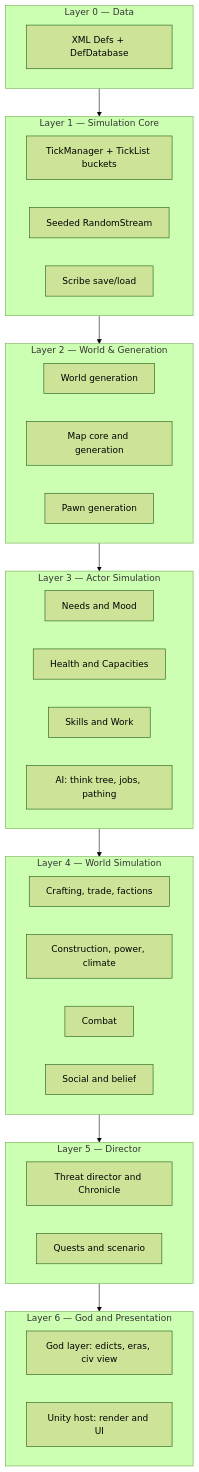
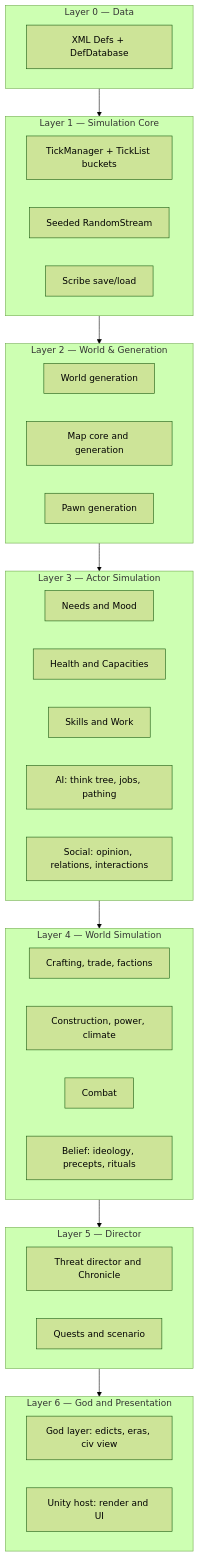
One commit to m2windham/simWorld changed the first of 13 diagrams in docs/spec/simworld-spec.md. Above: the diagram before and after it, drawn with Mermaid (forest theme). The commit also changed other lines of this file and 22 other files, not shown here.

````diff
--- a/docs/spec/simworld-spec.md
+++ b/docs/spec/simworld-spec.md
@@ -21,38 +21,39 @@
 ```mermaid
 flowchart TB
   subgraph L0[Layer 0 — Data]
     Defs[XML Defs + DefDatabase]
   end
   subgraph L1[Layer 1 — Simulation Core]
     Tick[TickManager + TickList buckets]
     Rand[Seeded RandomStream]
     Scribe[Scribe save/load]
   end
   subgraph L2[Layer 2 — World & Generation]
     WorldGen[World generation]
     MapGen[Map core and generation]
     PawnGen[Pawn generation]
   end
   subgraph L3[Layer 3 — Actor Simulation]
     Needs[Needs and Mood]
     Health[Health and Capacities]
     Skills[Skills and Work]
     AI[AI: think tree, jobs, pathing]
+    Social[Social: opinion, relations, interactions]
   end
   subgraph L4[Layer 4 — World Simulation]
     Economy[Crafting, trade, factions]
     Building[Construction, power, climate]
     Combat[Combat]
-    Social[Social and belief]
+    Belief[Belief: ideology, precepts, rituals]
   end
   subgraph L5[Layer 5 — Director]
     Director[Threat director and Chronicle]
     Quests[Quests and scenario]
   end
   subgraph L6[Layer 6 — God and Presentation]
     God[God layer: edicts, eras, civ view]
     Render[Unity host: render and UI]
   end
 
   L0 --> L1 --> L2 --> L3 --> L4 --> L5 --> L6
 ```
````
